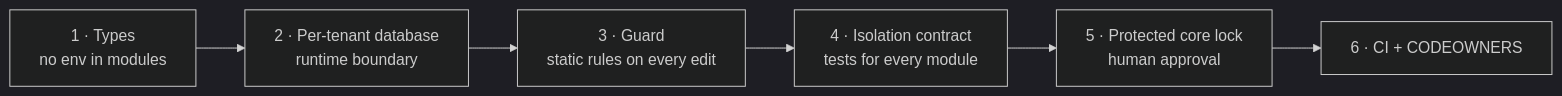
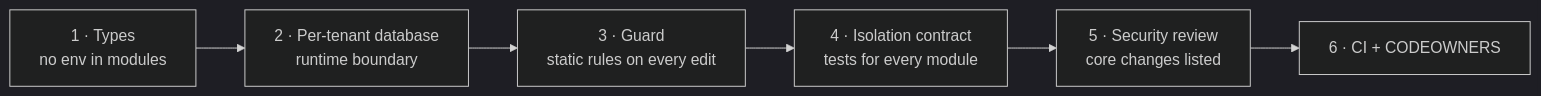
The diagram in docs/agents.md (kalahroudi/rose), drawn with Mermaid (dark theme) before and after one commit. The commit also changed other lines of this file and 14 other files, not shown here.

First line of the commit message:
docs: point core-change gate at CODEOWNERS review, not the removed lock

````diff
--- a/docs/agents.md
+++ b/docs/agents.md
@@ -10,8 +10,8 @@
 ```mermaid
 flowchart LR
   A[1 · Types<br/>no env in modules] --> B[2 · Per-tenant database<br/>runtime boundary]
   B --> C[3 · Guard<br/>static rules on every edit]
   C --> D[4 · Isolation contract<br/>tests for every module]
-  D --> E[5 · Protected core lock<br/>human approval]
+  D --> E[5 · Security review<br/>core changes listed]
   E --> F[6 · CI + CODEOWNERS]
 ```
````
